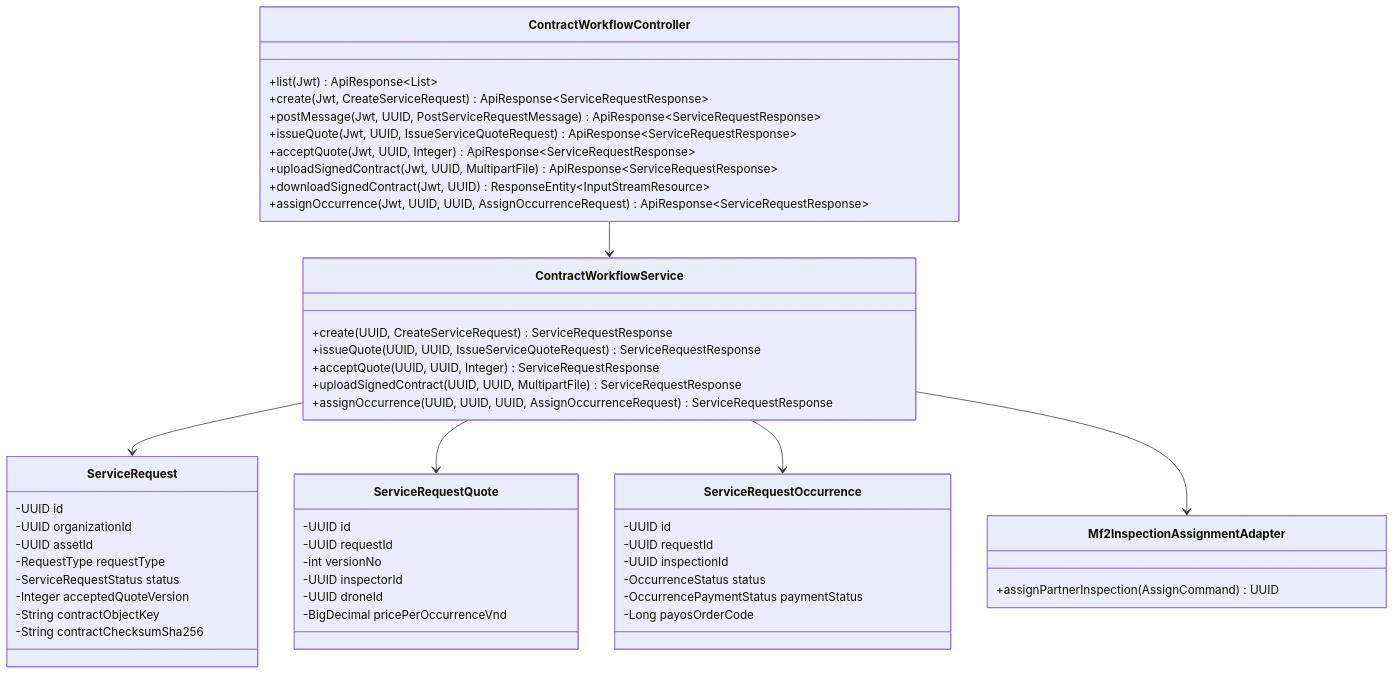
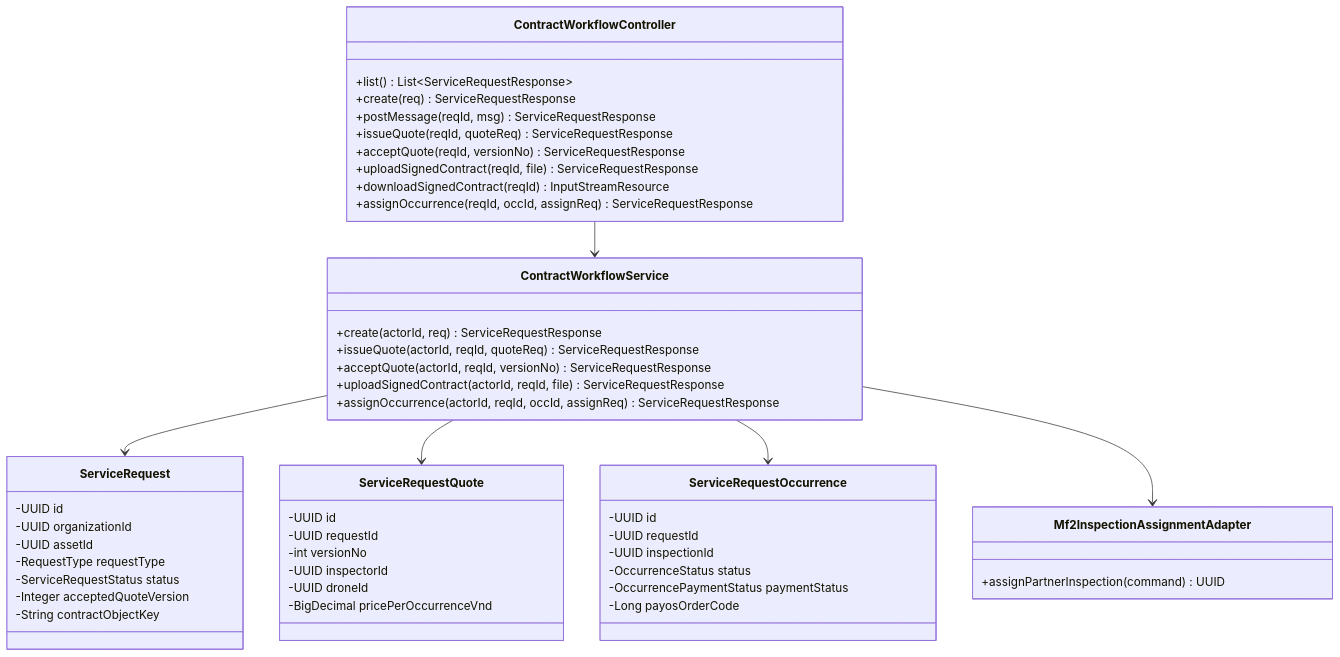
The ninth of 23 diagrams in reports/report-4-software-design-document/03-detailed-design.md (tungbach12/SmartDroneInspection-Docs), drawn with Mermaid before and after one commit. The commit also changed other lines of this file and 206 other files, not shown here.

First line of the commit message:
docs(reports): synchronize Report 1-5 changes, update diagrams, and clean exports

````diff
--- a/reports/report-4-software-design-document/03-detailed-design.md
+++ b/reports/report-4-software-design-document/03-detailed-design.md
@@ -425,55 +375,54 @@
 ```mermaid
-%% title: Service Request, Quotation, Signed Contract and Partner Dispatch Class Diagram
+%% title: FE-04 Service Request, Quotation, Signed Contract and Dispatch Class Diagram
 classDiagram
   class ContractWorkflowController {
-    +list(Jwt) ApiResponse~List~
-    +create(Jwt, CreateServiceRequest) ApiResponse~ServiceRequestResponse~
-    +postMessage(Jwt, UUID, PostServiceRequestMessage) ApiResponse~ServiceRequestResponse~
-    +issueQuote(Jwt, UUID, IssueServiceQuoteRequest) ApiResponse~ServiceRequestResponse~
-    +acceptQuote(Jwt, UUID, Integer) ApiResponse~ServiceRequestResponse~
-    +uploadSignedContract(Jwt, UUID, MultipartFile) ApiResponse~ServiceRequestResponse~
-    +downloadSignedContract(Jwt, UUID) ResponseEntity~InputStreamResource~
-    +assignOccurrence(Jwt, UUID, UUID, AssignOccurrenceRequest) ApiResponse~ServiceRequestResponse~
+    +list() List~ServiceRequestResponse~
+    +create(req) ServiceRequestResponse
+    +postMessage(reqId, msg) ServiceRequestResponse
+    +issueQuote(reqId, quoteReq) ServiceRequestResponse
+    +acceptQuote(reqId, versionNo) ServiceRequestResponse
+    +uploadSignedContract(reqId, file) ServiceRequestResponse
+    +downloadSignedContract(reqId) InputStreamResource
+    +assignOccurrence(reqId, occId, assignReq) ServiceRequestResponse
   }
   class ContractWorkflowService {
-    +create(UUID, CreateServiceRequest) ServiceRequestResponse
-    +issueQuote(UUID, UUID, IssueServiceQuoteRequest) ServiceRequestResponse
-    +acceptQuote(UUID, UUID, Integer) ServiceRequestResponse
-    +uploadSignedContract(UUID, UUID, MultipartFile) ServiceRequestResponse
-    +assignOccurrence(UUID, UUID, UUID, AssignOccurrenceRequest) ServiceRequestResponse
+    +create(actorId, req) ServiceRequestResponse
+    +issueQuote(actorId, reqId, quoteReq) ServiceRequestResponse
+    +acceptQuote(actorId, reqId, versionNo) ServiceRequestResponse
+    +uploadSignedContract(actorId, reqId, file) ServiceRequestResponse
+    +assignOccurrence(actorId, reqId, occId, assignReq) ServiceRequestResponse
   }
   class Mf2InspectionAssignmentAdapter {
-    +assignPartnerInspection(AssignCommand) UUID
+    +assignPartnerInspection(command) UUID
   }
   class ServiceRequest {
     -UUID id
     -UUID organizationId
     -UUID assetId
     -RequestType requestType
     -ServiceRequestStatus status
     -Integer acceptedQuoteVersion
     -String contractObjectKey
-    -String contractChecksumSha256
   }
   class ServiceRequestQuote {
     -UUID id
     -UUID requestId
     -int versionNo
     -UUID inspectorId
     -UUID droneId
     -BigDecimal pricePerOccurrenceVnd
   }
   class ServiceRequestOccurrence {
     -UUID id
     -UUID requestId
     -UUID inspectionId
     -OccurrenceStatus status
     -OccurrencePaymentStatus paymentStatus
     -Long payosOrderCode
   }
   ContractWorkflowController --> ContractWorkflowService
   ContractWorkflowService --> ServiceRequest
   ContractWorkflowService --> ServiceRequestQuote
   ContractWorkflowService --> ServiceRequestOccurrence
   ContractWorkflowService --> Mf2InspectionAssignmentAdapter
 ```
````
